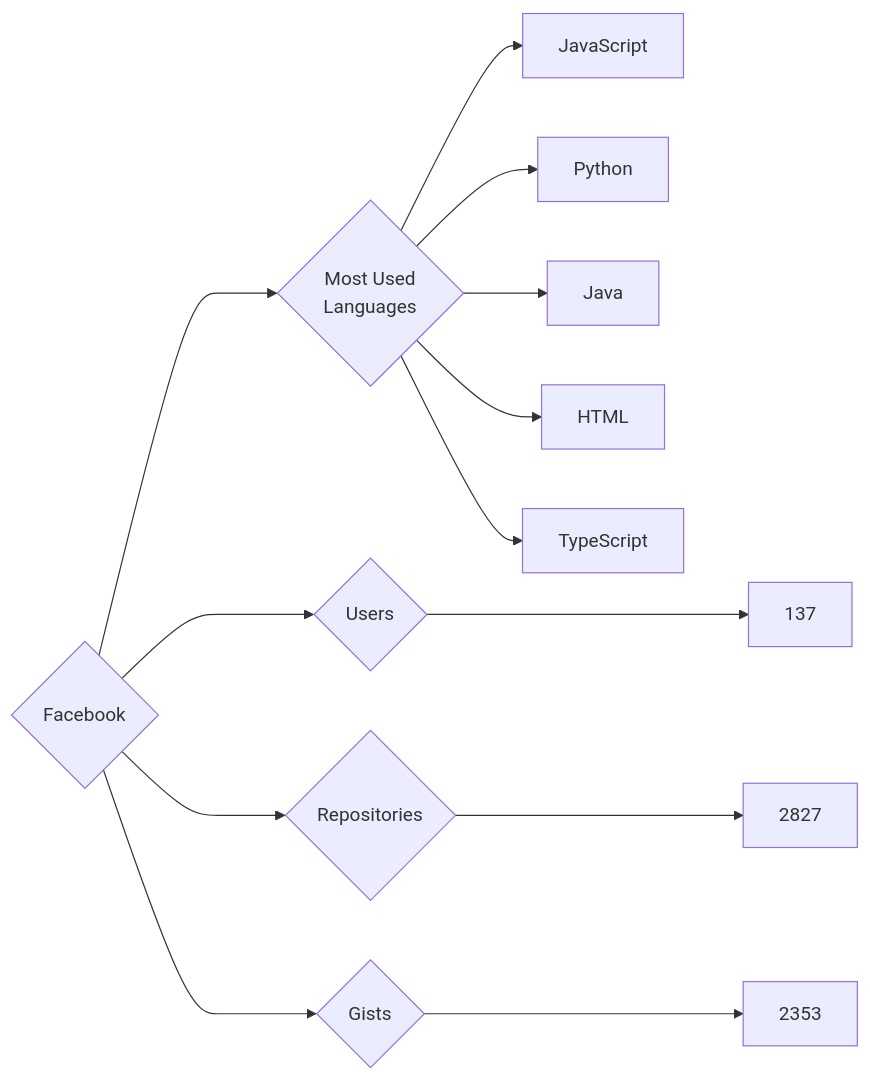
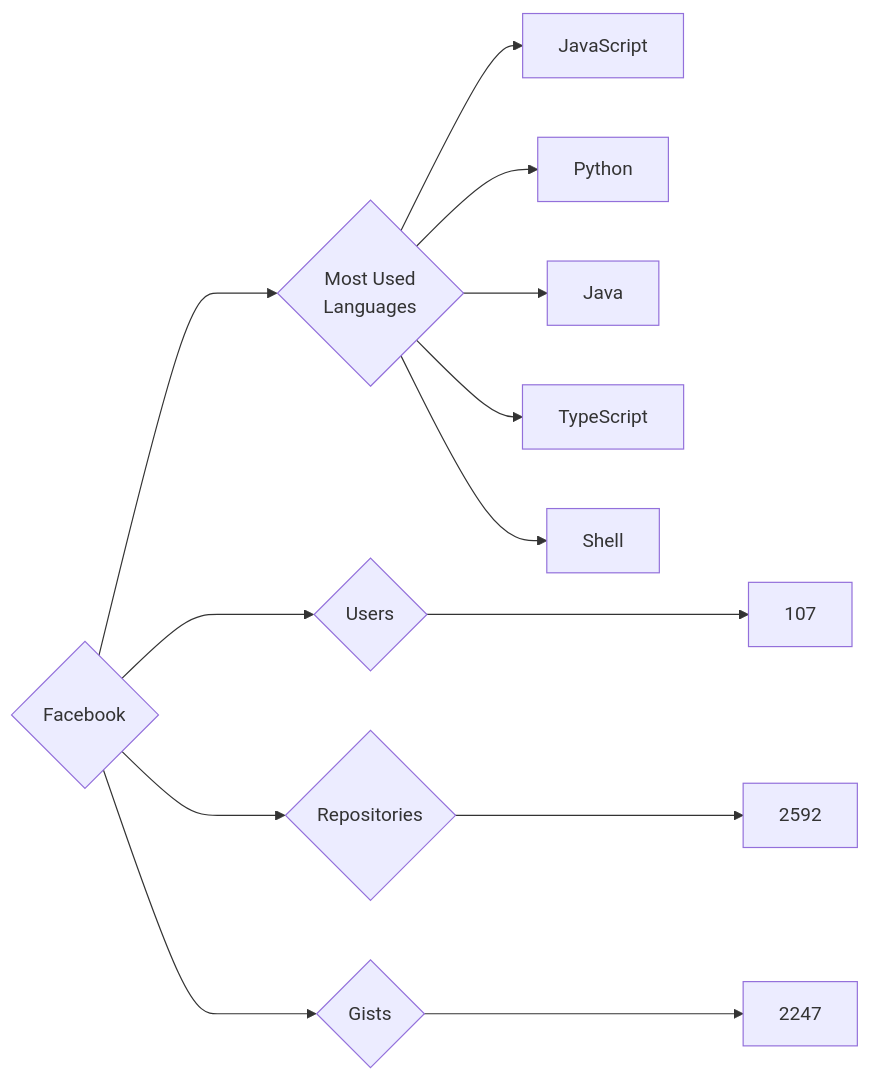
The diagram in targets/Facebook/README.md (trickest/insiders), drawn with Mermaid before and after one commit. The commit also changed 440 other files, not shown here.

````diff
--- a/targets/Facebook/README.md
+++ b/targets/Facebook/README.md
@@ -3,13 +3,13 @@
 ```mermaid
 graph LR
 COMPANY_NAME{Facebook}
-COMPANY_NAME ---> U{Users} ---> UN[137]
-COMPANY_NAME ---> R{Repositories} ---> RN[2827]
-COMPANY_NAME ---> G{Gists} ---> GN[2353]
+COMPANY_NAME ---> U{Users} ---> UN[107]
+COMPANY_NAME ---> R{Repositories} ---> RN[2592]
+COMPANY_NAME ---> G{Gists} ---> GN[2247]
 COMPANY_NAME ---> ML{Most Used<br>Languages}
 ML --> JavaScript[JavaScript]
 ML --> Python[Python]
 ML --> Java[Java]
-ML --> HTML[HTML]
 ML --> TypeScript[TypeScript]
+ML --> Shell[Shell]
 ```
````
